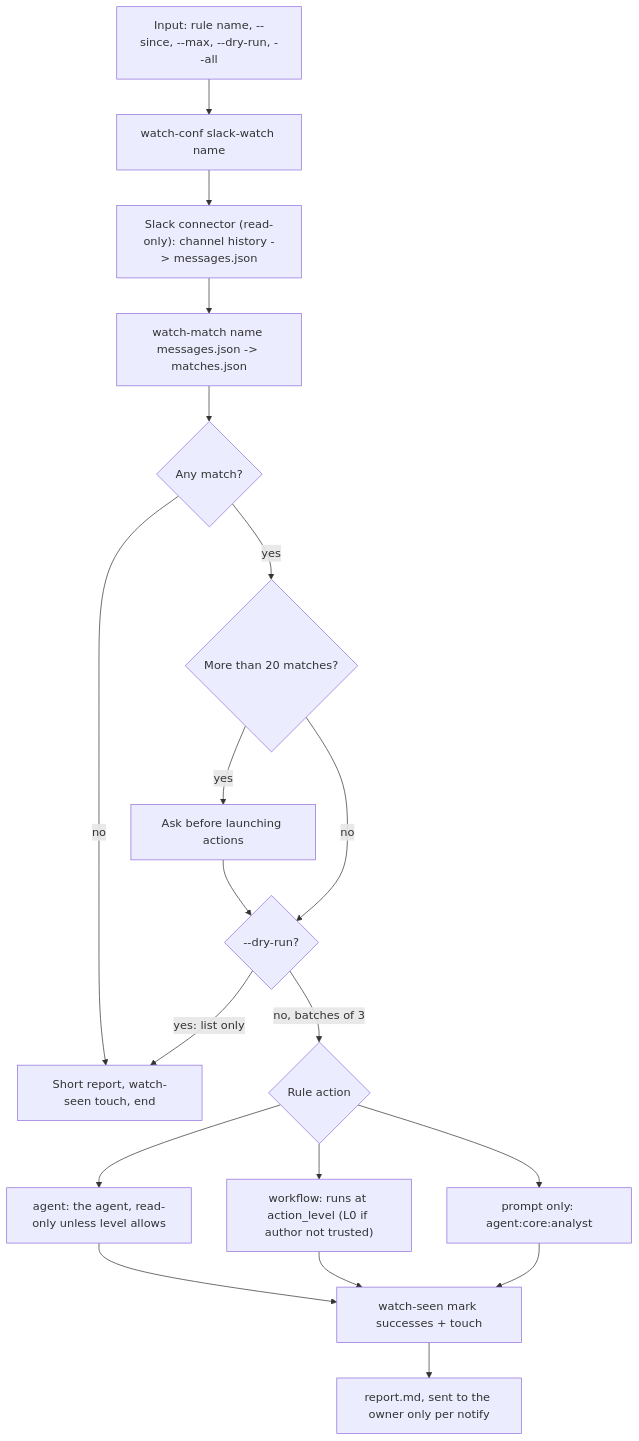
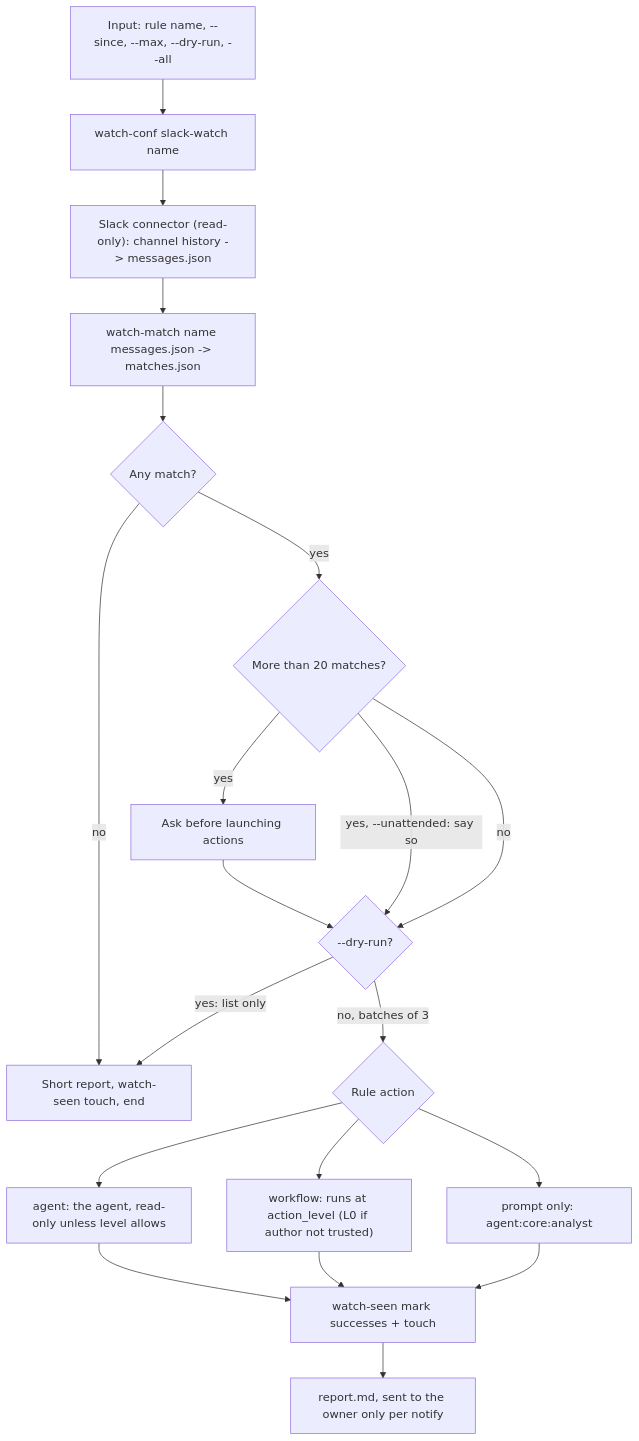
The second of 2 diagrams in src/workflows/slack/SCHEMA.md (nicolasmondain/adorno), drawn with Mermaid before and after one commit. The commit also changed 17 other files, not shown here.

````diff
--- a/src/workflows/slack/SCHEMA.md
+++ b/src/workflows/slack/SCHEMA.md
@@ -27,29 +27,30 @@
 ```mermaid
 flowchart TD
   IN["Input: rule name, --since, --max, --dry-run, --all"]
   CF["watch-conf slack-watch name"]
   RD["Slack connector (read-only): channel history -> messages.json"]
   MT["watch-match name messages.json -> matches.json"]
   EM{"Any match?"}
   TC["Short report, watch-seen touch, end"]
   BIG{"More than 20 matches?"}
   ASK["Ask before launching actions"]
   DRY{"--dry-run?"}
   ACT{"Rule action"}
   AG["agent: the agent, read-only unless level allows"]
   WF["workflow: runs at action_level (L0 if author not trusted)"]
   PM["prompt only: agent:core:analyst"]
   MK["watch-seen mark successes + touch"]
   RP["report.md, sent to the owner only per notify"]
   IN --> CF --> RD --> MT --> EM
   EM -->|"no"| TC
   EM -->|"yes"| BIG
   BIG -->|"yes"| ASK --> DRY
+  BIG -->|"yes, --unattended: say so"| DRY
   BIG -->|"no"| DRY
   DRY -->|"yes: list only"| TC
   DRY -->|"no, batches of 3"| ACT
   ACT --> AG --> MK
   ACT --> WF --> MK
   ACT --> PM --> MK
   MK --> RP
 ```
````
